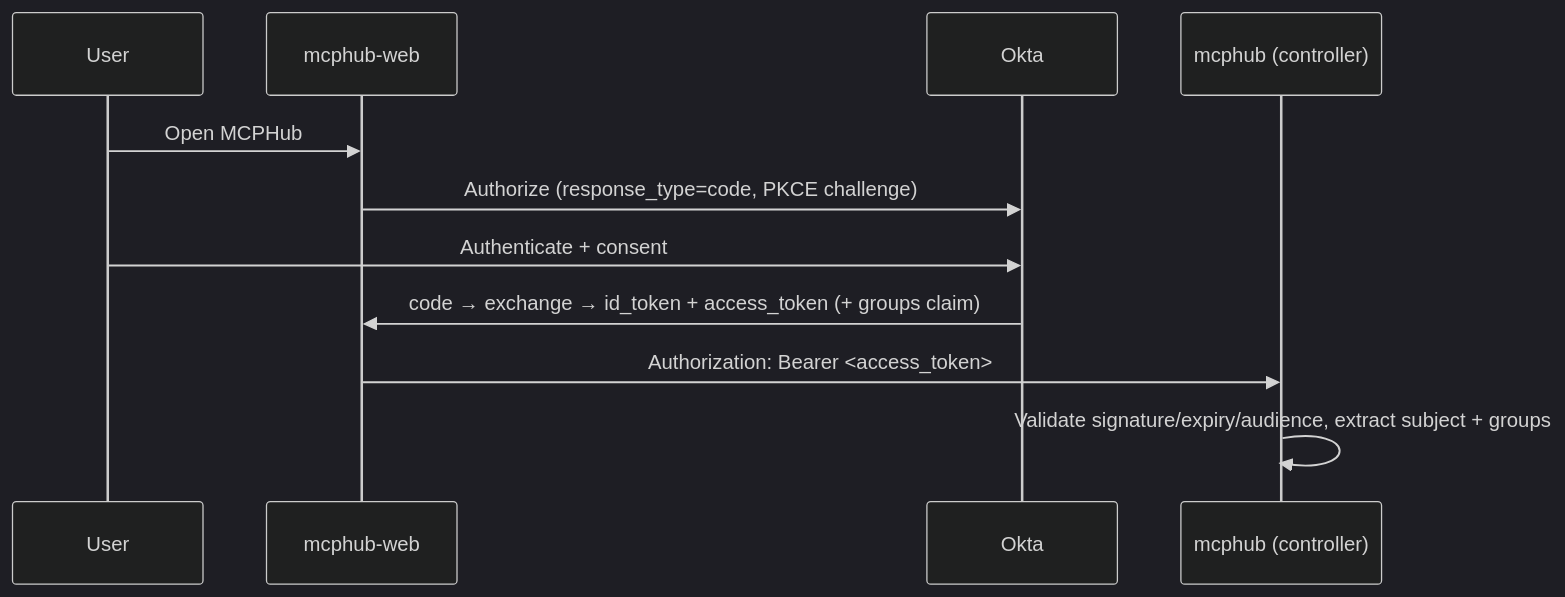
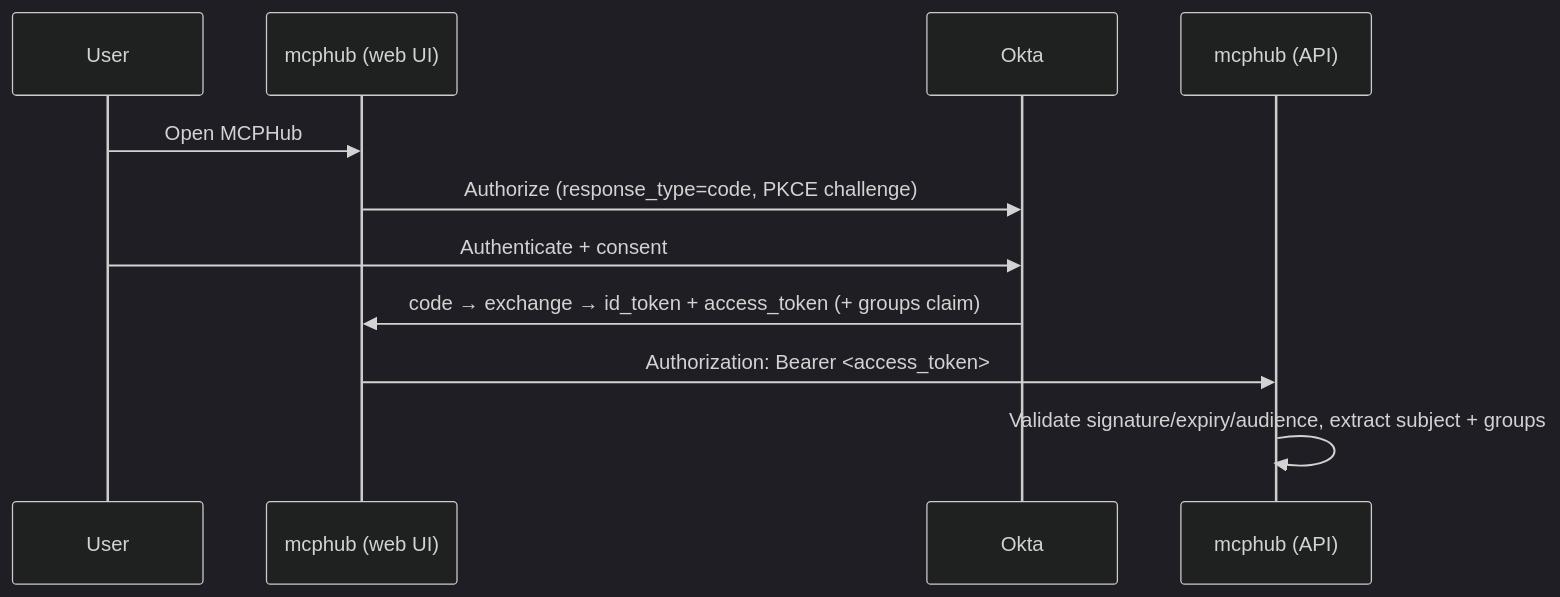
The diagram in docs/arch/04-technologies.md (yurifrl/tennon), drawn with Mermaid (dark theme) before and after one commit. The commit also changed 30 other files, not shown here.

````diff
--- a/docs/arch/04-technologies.md
+++ b/docs/arch/04-technologies.md
@@ -102,13 +102,13 @@
 ```mermaid
 sequenceDiagram
   participant User
-  participant Web as mcphub-web
+  participant Web as mcphub (web UI)
   participant Okta
-  participant API as mcphub (controller)
+  participant API as mcphub (API)
   User->>Web: Open MCPHub
   Web->>Okta: Authorize (response_type=code, PKCE challenge)
   User->>Okta: Authenticate + consent
   Okta->>Web: code → exchange → id_token + access_token (+ groups claim)
   Web->>API: Authorization: Bearer <access_token>
   API->>API: Validate signature/expiry/audience, extract subject + groups
 ```
````
